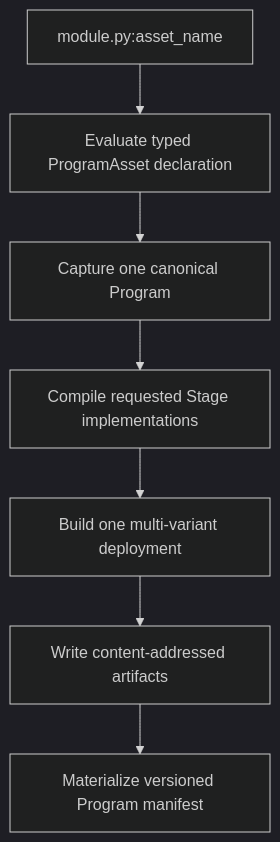
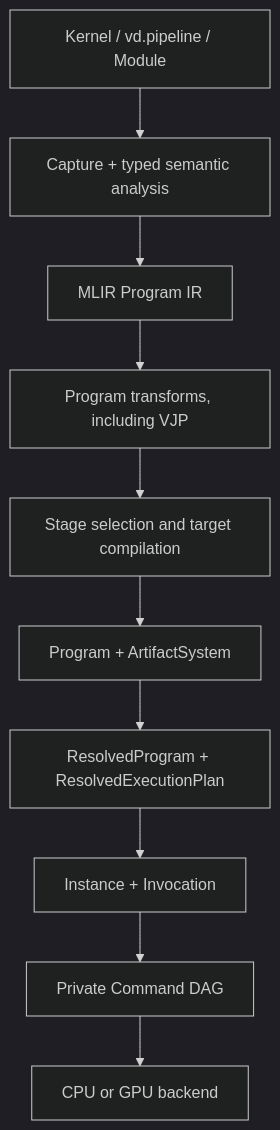
Before and after one commit to morphling666/VernonDSL: the diagram in ARCHITECTURE.md, drawn with Mermaid (dark theme). The commit also changed other lines of this file and 45 other files, not shown here.

````diff
--- a/ARCHITECTURE.md
+++ b/ARCHITECTURE.md
@@ -514,12 +16,16 @@
 ```mermaid
 flowchart TD
-    Ref["module.py:asset_name"]
-    Evaluate["Evaluate typed ProgramAsset declaration"]
-    Capture["Capture one canonical Program"]
-    Compile["Compile requested Stage implementations"]
-    Deploy["Build one multi-variant deployment"]
-    Artifacts["Write content-addressed artifacts"]
-    Manifest["Materialize versioned Program manifest"]
+    Source["Kernel / vd.pipeline / Module"]
+    Frontend["Capture + typed semantic analysis"]
+    ProgramIR["MLIR Program IR"]
+    Transform["Program transforms, including VJP"]
+    Compile["Stage selection and target compilation"]
+    Bundle["Program + ArtifactSystem"]
+    Resolve["ResolvedProgram + ResolvedExecutionPlan"]
+    Invoke["Instance + Invocation"]
+    Commands["Private Command DAG"]
+    Backend["CPU or GPU backend"]
 
-    Ref --> Evaluate --> Capture --> Compile --> Deploy --> Artifacts --> Manifest
+    Source --> Frontend --> ProgramIR --> Transform --> Compile
+    Compile --> Bundle --> Resolve --> Invoke --> Commands --> Backend
 ```
````
